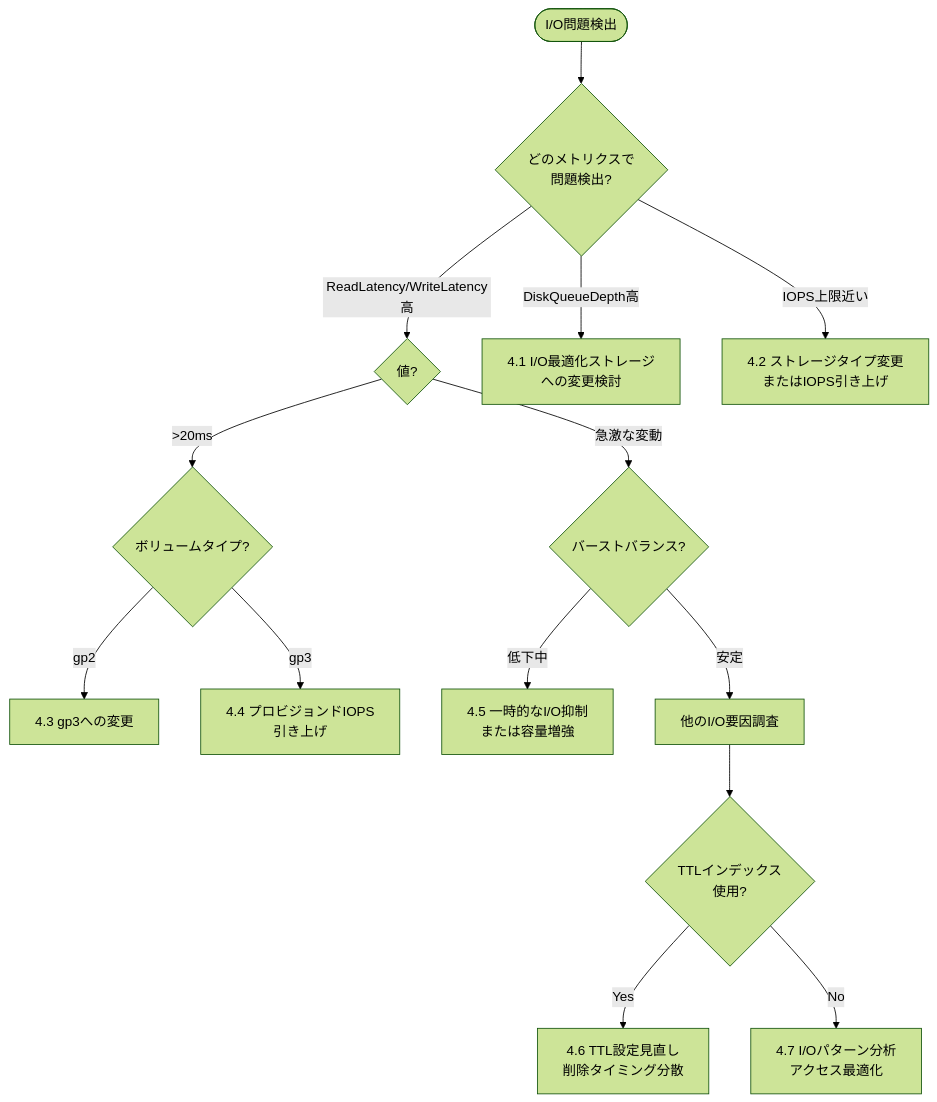
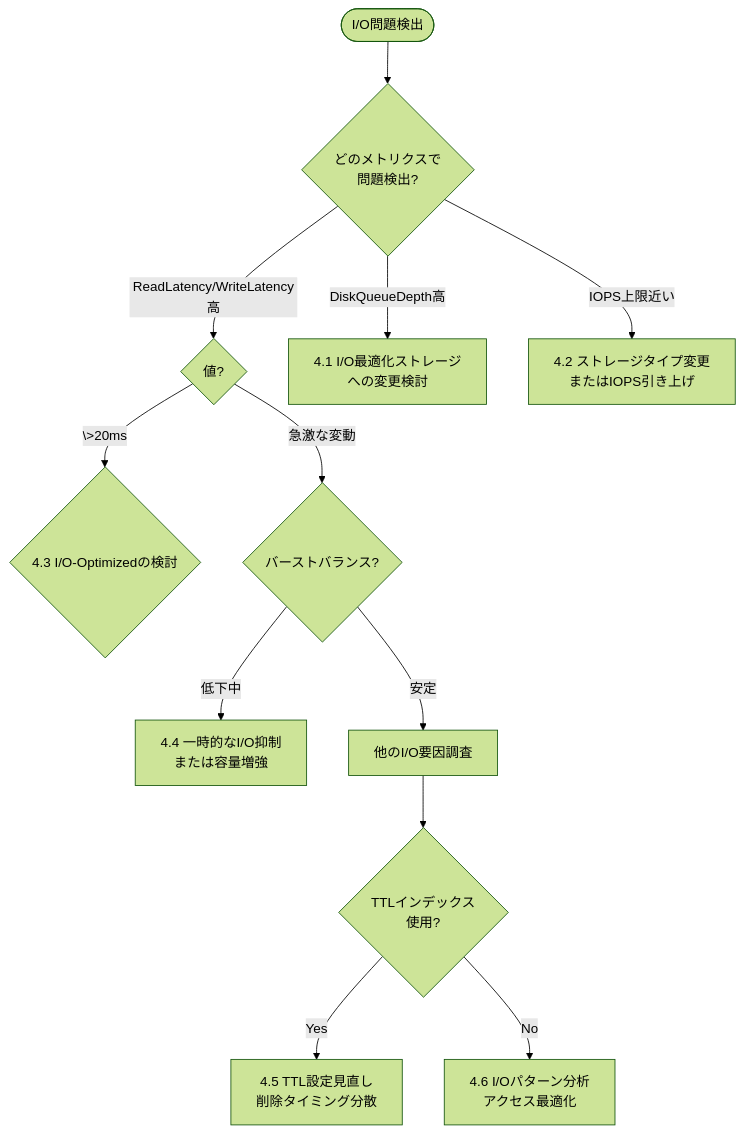
The fifth of 7 diagrams in databases/docdb/manuals/docdb.md (littlemex/aws-samples), drawn with Mermaid (forest theme) before and after one commit. The commit also changed other lines of this file and 9 other files, not shown here.

````diff
--- a/databases/docdb/manuals/docdb.md
+++ b/databases/docdb/manuals/docdb.md
@@ -133,22 +137,19 @@
 ```mermaid
 flowchart TD
     IOStart([I/O問題検出]) --> MetricCheck{どのメトリクスで<br>問題検出?}
     
     MetricCheck -->|ReadLatency/WriteLatency高| LatencyCheck{値?}
     MetricCheck -->|DiskQueueDepth高| Solution1[4.1 I/O最適化ストレージ<br>への変更検討]
     MetricCheck -->|IOPS上限近い| Solution2[4.2 ストレージタイプ変更<br>またはIOPS引き上げ]
     
-    LatencyCheck -->|>20ms| VolumeCheck{ボリュームタイプ?}
+    LatencyCheck -->|\>20ms| VolumeCheck{4.3 I/O-Optimizedの検討}
     LatencyCheck -->|急激な変動| BurstCheck{バーストバランス?}
     
-    VolumeCheck -->|gp2| Solution3[4.3 gp3への変更]
-    VolumeCheck -->|gp3| Solution4[4.4 プロビジョンドIOPS<br>引き上げ]
-    
-    BurstCheck -->|低下中| Solution5[4.5 一時的なI/O抑制<br>または容量増強]
+    BurstCheck -->|低下中| Solution5[4.4 一時的なI/O抑制<br>または容量増強]
     BurstCheck -->|安定| OtherIOCheck[他のI/O要因調査]
     
     OtherIOCheck --> TTLCheck{TTLインデックス<br>使用?}
     
-    TTLCheck -->|Yes| Solution6[4.6 TTL設定見直し<br>削除タイミング分散]
-    TTLCheck -->|No| Solution7[4.7 I/Oパターン分析<br>アクセス最適化]
+    TTLCheck -->|Yes| Solution6[4.5 TTL設定見直し<br>削除タイミング分散]
+    TTLCheck -->|No| Solution7[4.6 I/Oパターン分析<br>アクセス最適化]
 ```
````
